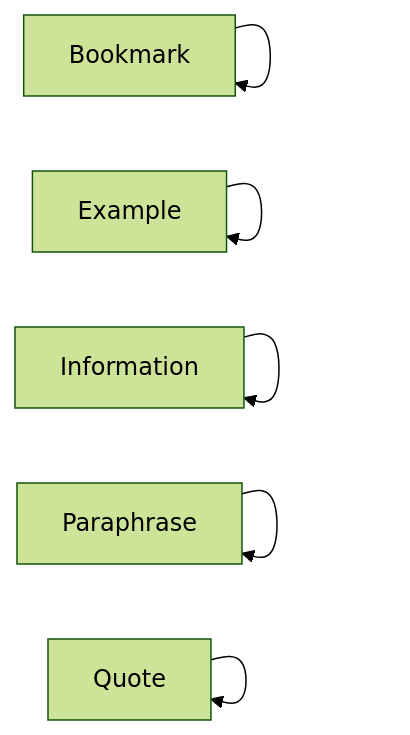
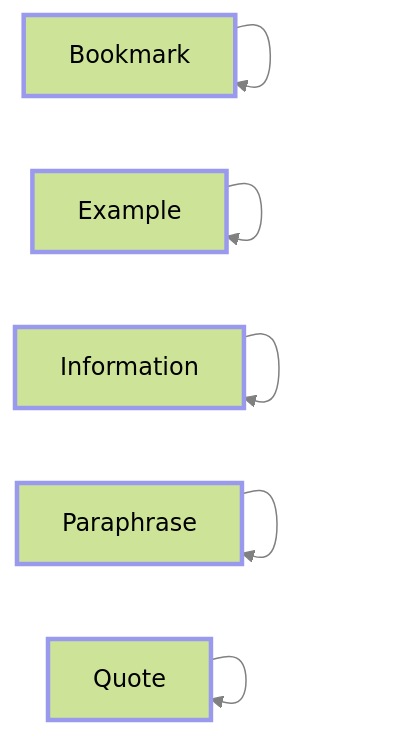
The fourth of 4 diagrams in docs/Getting Started/Statuses/Example Statuses.md (obsidian-tasks-group/obsidian-tasks), drawn with Mermaid (forest theme) before and after one commit. The commit also changed other lines of this file and 1 other file, not shown here.

Commit message:
docs: Show Status Type as coloured edges in Status Diagrams

````diff
--- a/docs/Getting Started/Statuses/Example Statuses.md
+++ b/docs/Getting Started/Statuses/Example Statuses.md
@@ -105,13 +132,22 @@
 ```mermaid
 flowchart LR
-1["Bookmark"]
-2["Example"]
-3["Information"]
-4["Paraphrase"]
-5["Quote"]
+
+classDef TODO        stroke:#f33,stroke-width:3px;
+classDef DONE        stroke:#0c0,stroke-width:3px;
+classDef IN_PROGRESS stroke:#fa0,stroke-width:3px;
+classDef CANCELLED   stroke:#ddd,stroke-width:3px;
+classDef NON_TASK    stroke:#99e,stroke-width:3px;
+
+1["Bookmark"]:::NON_TASK
+2["Example"]:::NON_TASK
+3["Information"]:::NON_TASK
+4["Paraphrase"]:::NON_TASK
+5["Quote"]:::NON_TASK
 1 --> 1
 2 --> 2
 3 --> 3
 4 --> 4
 5 --> 5
+
+linkStyle default stroke:gray
 ```
````
